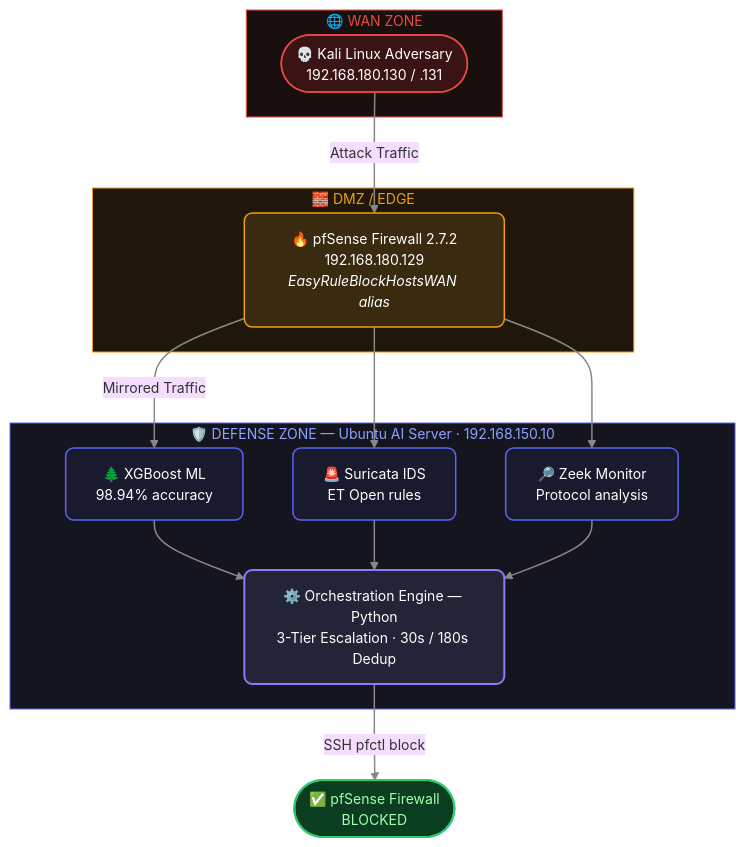
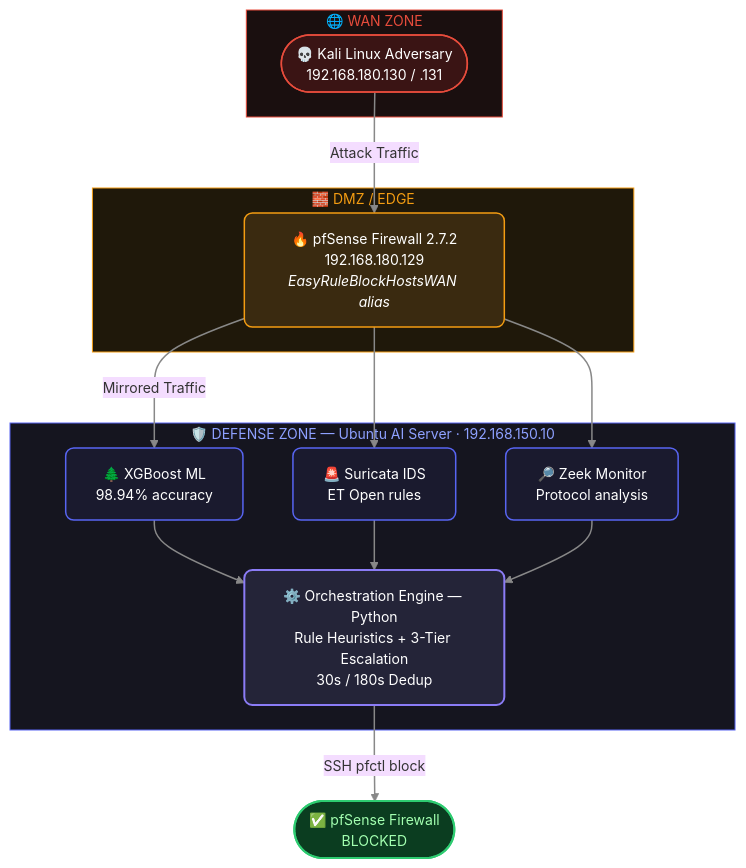
Before and after one commit to ahhmedmostafaa/AI_Powered_Cybersecurity_Lab: the diagram in README.md, drawn with Mermaid.

````diff
--- a/README.md
+++ b/README.md
@@ -74,53 +74,53 @@
 ```mermaid
 %%{init: {'theme':'base', 'themeVariables': {'fontSize':'14px', 'fontFamily':'monospace'}}}%%
 flowchart TB
     A(["💀 Kali Linux Adversary<br/>192.168.180.130 / .131"])
 
     subgraph WAN[" 🌐  WAN ZONE "]
         A
     end
 
     B["🔥 pfSense Firewall 2.7.2<br/>192.168.180.129<br/><i>EasyRuleBlockHostsWAN alias</i>"]
 
     subgraph DMZ[" 🧱  DMZ / EDGE "]
         B
     end
 
     subgraph DEFENSE[" 🛡️  DEFENSE ZONE — Ubuntu AI Server · 192.168.150.10 "]
         C1["🌲 XGBoost ML<br/>98.94% accuracy"]
         C2["🚨 Suricata IDS<br/>ET Open rules"]
         C3["🔎 Zeek Monitor<br/>Protocol analysis"]
-        D["⚙️ Orchestration Engine — Python<br/>3-Tier Escalation · 30s / 180s Dedup"]
+        D["⚙️ Orchestration Engine — Python<br/>Rule Heuristics + 3-Tier Escalation<br/>30s / 180s Dedup"]
         C1 --> D
         C2 --> D
         C3 --> D
     end
 
     E(["✅ pfSense Firewall<br/>BLOCKED"])
 
     A ==>|Attack Traffic| B
     B ==>|Mirrored Traffic| C1
     B ==> C2
     B ==> C3
     D ==>|SSH pfctl block| E
 
     classDef wan fill:#3a1414,stroke:#e74c3c,stroke-width:1.5px,color:#fff,rx:8,ry:8
     classDef dmz fill:#3a2a10,stroke:#f39c12,stroke-width:1.5px,color:#fff,rx:8,ry:8
     classDef engine fill:#1a1a2e,stroke:#5865f2,stroke-width:1.5px,color:#fff,rx:8,ry:8
     classDef orch fill:#242438,stroke:#8b7cf6,stroke-width:2px,color:#fff,rx:8,ry:8
     classDef success fill:#0b3d20,stroke:#2ecc71,stroke-width:2px,color:#a3ffb0,rx:8,ry:8
     classDef zoneWan fill:#1a0f0f,stroke:#e74c3c,stroke-width:1px,color:#e74c3c
     classDef zoneDmz fill:#1f180a,stroke:#f39c12,stroke-width:1px,color:#f39c12
     classDef zoneDef fill:#15151f,stroke:#5865f2,stroke-width:1px,color:#8ea1ff
 
     class A wan
     class B dmz
     class C1,C2,C3 engine
     class D orch
     class E success
     class WAN zoneWan
     class DMZ zoneDmz
     class DEFENSE zoneDef
 
     linkStyle default stroke:#888,stroke-width:1.5px
 ```
````
